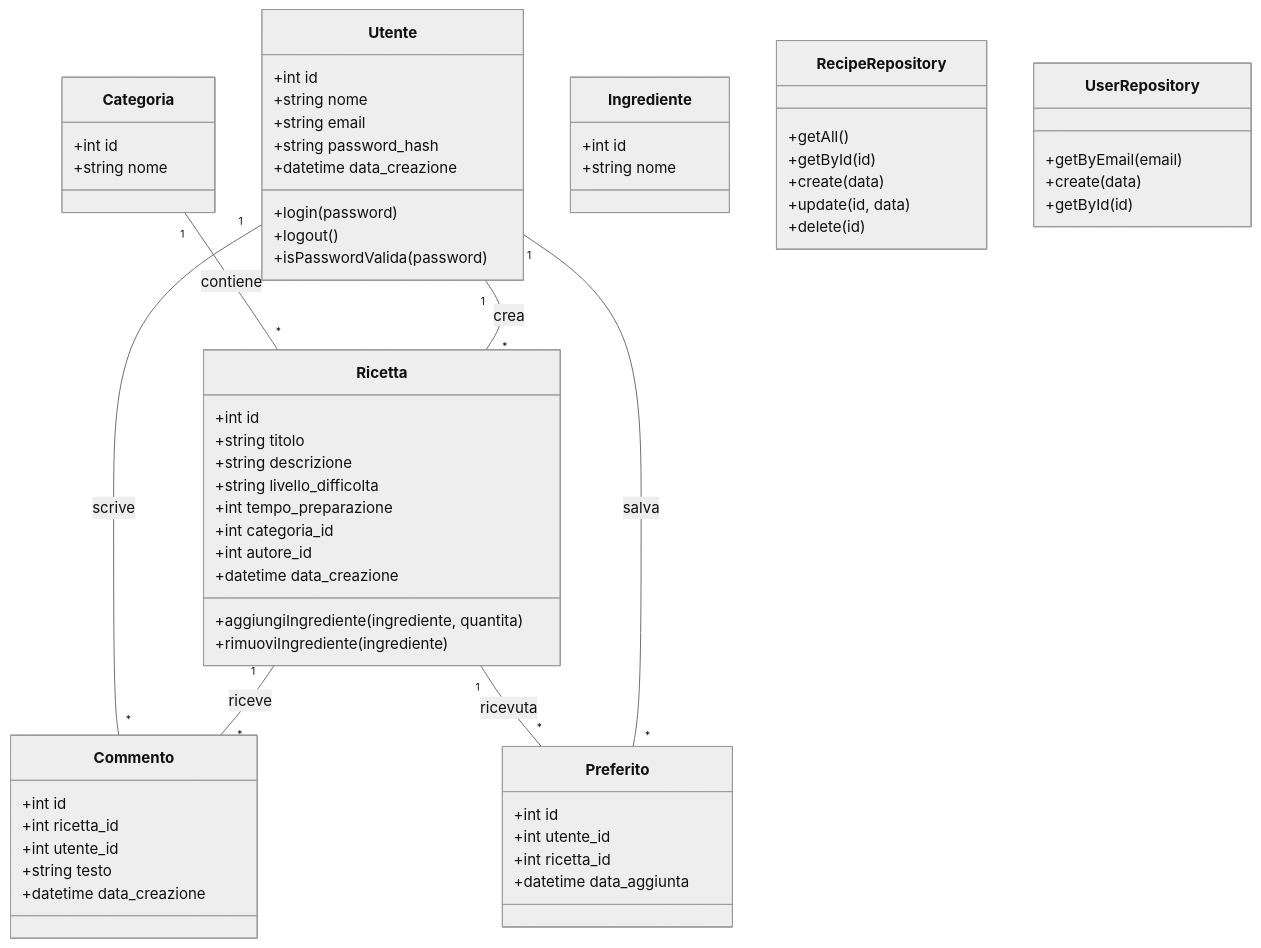
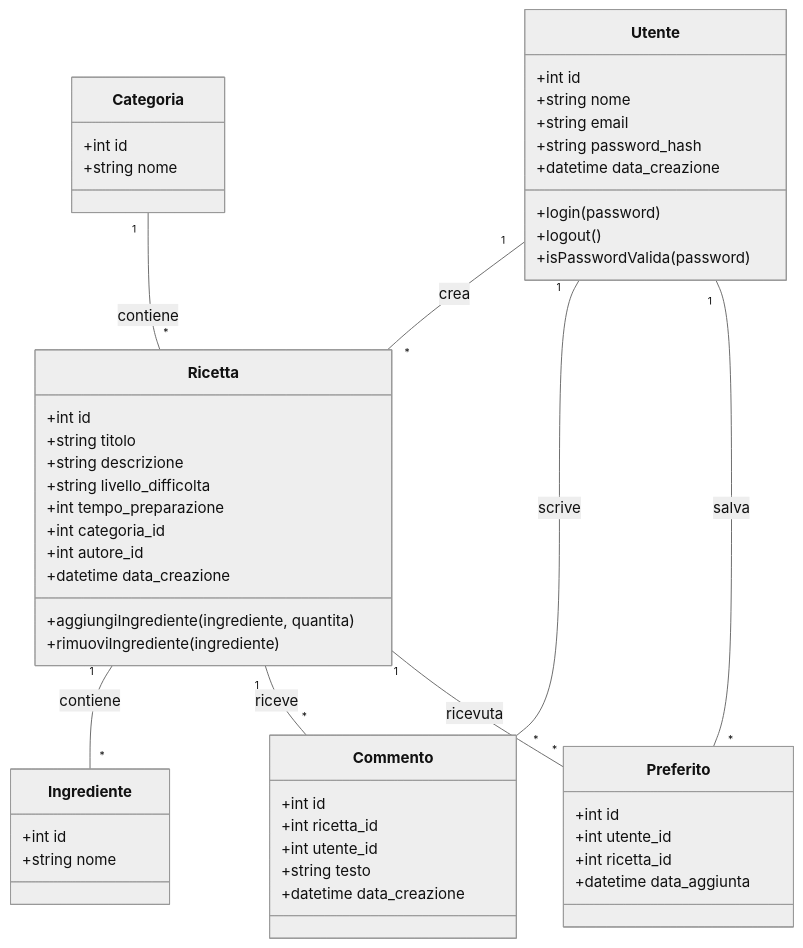
Before and after one commit to angelogalantiscuola/IT: the third of 3 diagrams in _Progetti/5m_Esempio_Documento_Requisiti.md, drawn with Mermaid (neutral theme). The commit also changed other lines of this file and 1 other file, not shown here.

````diff
--- a/_Progetti/5m_Esempio_Documento_Requisiti.md
+++ b/_Progetti/5m_Esempio_Documento_Requisiti.md
@@ -156,65 +225,54 @@
 ```mermaid
 classDiagram
     class Utente {
         +int id
         +string nome
         +string email
         +string password_hash
         +datetime data_creazione
         +login(password)
         +logout()
         +isPasswordValida(password)
     }
     class Ricetta {
         +int id
         +string titolo
         +string descrizione
         +string livello_difficolta
         +int tempo_preparazione
         +int categoria_id
         +int autore_id
         +datetime data_creazione
         +aggiungiIngrediente(ingrediente, quantita)
         +rimuoviIngrediente(ingrediente)
     }
     class Categoria {
         +int id
         +string nome
     }
     class Ingrediente {
         +int id
         +string nome
     }
     class Preferito {
         +int id
         +int utente_id
         +int ricetta_id
         +datetime data_aggiunta
     }
     class Commento {
         +int id
         +int ricetta_id
         +int utente_id
         +string testo
         +datetime data_creazione
     }
-    class RecipeRepository {
-        +getAll()
-        +getById(id)
-        +create(data)
-        +update(id, data)
-        +delete(id)
-    }
-    class UserRepository {
-        +getByEmail(email)
-        +create(data)
-        +getById(id)
-    }
 
     Utente "1" -- "*" Ricetta : crea
     Categoria "1" -- "*" Ricetta : contiene
+    Ricetta "1" -- "*" Ingrediente : contiene
     Ricetta "1" -- "*" Commento : riceve
     Utente "1" -- "*" Commento : scrive
     Utente "1" -- "*" Preferito : salva
     Ricetta "1" -- "*" Preferito : ricevuta
 ```
````
